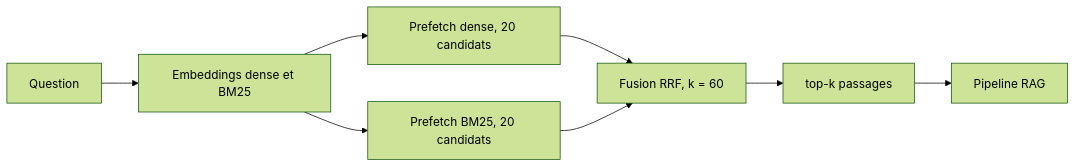
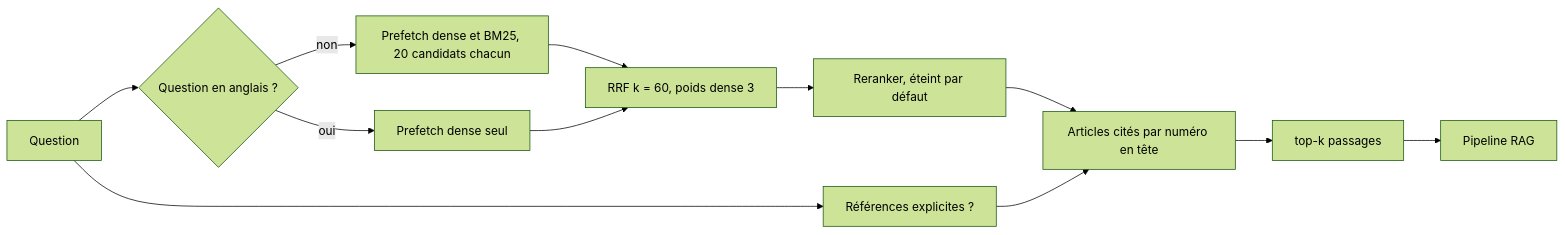
The diagram in docs/retrieval.md (Adam-Blf/vigie), drawn with Mermaid (forest theme) before and after one commit. The commit also changed other lines of this file and 4 other files, not shown here.

````diff
--- a/docs/retrieval.md
+++ b/docs/retrieval.md
@@ -15,10 +16,14 @@
 ```mermaid
 flowchart LR
-    question[Question] --> embed[Embeddings dense et BM25]
-    embed --> dense[Prefetch dense, 20 candidats]
-    embed --> bm25[Prefetch BM25, 20 candidats]
-    dense --> rrf[Fusion RRF, k = 60]
-    bm25 --> rrf
-    rrf --> topk[top-k passages]
+    question[Question] --> refs[Références explicites ?]
+    question --> lang{Question en anglais ?}
+    lang -- non --> both[Prefetch dense et BM25, 20 candidats chacun]
+    lang -- oui --> dense[Prefetch dense seul]
+    both --> rrf[RRF k = 60, poids dense 3]
+    dense --> rrf
+    rrf --> rerank[Reranker, éteint par défaut]
+    rerank --> pin[Articles cités par numéro en tête]
+    refs --> pin
+    pin --> topk[top-k passages]
     topk --> rag[Pipeline RAG]
 ```
````
